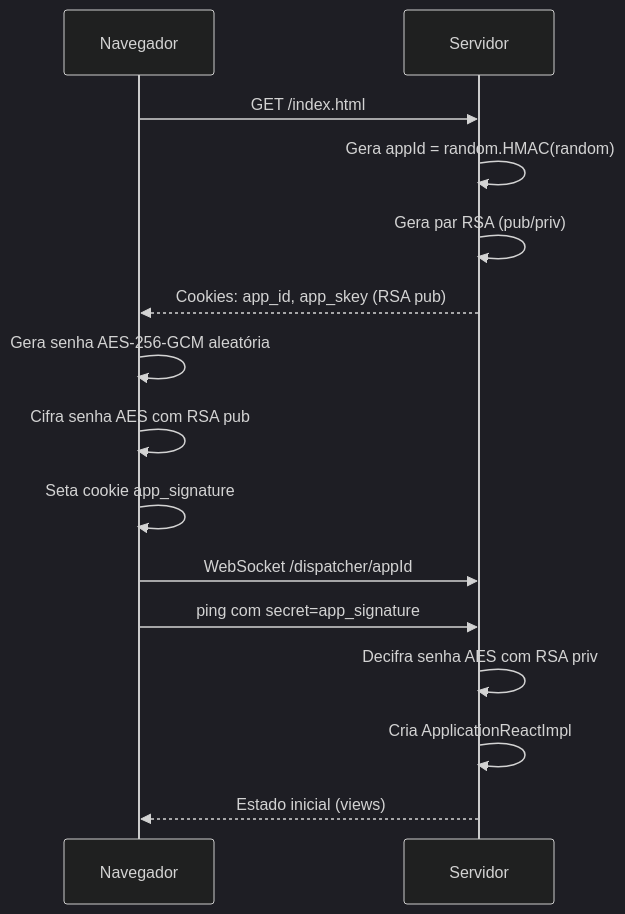
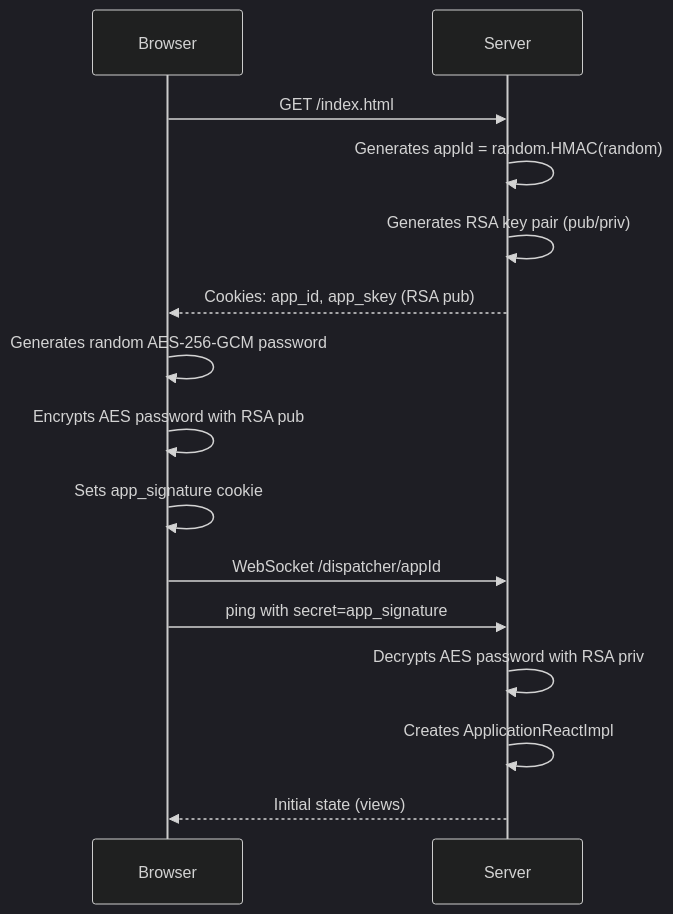
One commit to mrcdom/wdc-cube-kotlin changed the fifth of 9 diagrams in docs/architecture-react.md. Above: the diagram before and after it, drawn with Mermaid (dark theme). The commit also changed other lines of this file and 10 other files, not shown here.

First line of the commit message:
docs: architecture docs and top-level READMEs in US English

````diff
--- a/docs/architecture-react.md
+++ b/docs/architecture-react.md
@@ -162,20 +162,20 @@
 ```mermaid
 sequenceDiagram
-    participant Browser as Navegador
-    participant Server as Servidor
+    participant Browser as Browser
+    participant Server as Server
 
     Browser->>Server: GET /index.html
-    Server->>Server: Gera appId = random.HMAC(random)
-    Server->>Server: Gera par RSA (pub/priv)
+    Server->>Server: Generates appId = random.HMAC(random)
+    Server->>Server: Generates RSA key pair (pub/priv)
     Server-->>Browser: Cookies: app_id, app_skey (RSA pub)
 
-    Browser->>Browser: Gera senha AES-256-GCM aleatória
-    Browser->>Browser: Cifra senha AES com RSA pub
-    Browser->>Browser: Seta cookie app_signature
+    Browser->>Browser: Generates random AES-256-GCM password
+    Browser->>Browser: Encrypts AES password with RSA pub
+    Browser->>Browser: Sets app_signature cookie
 
     Browser->>Server: WebSocket /dispatcher/appId
-    Browser->>Server: ping com secret=app_signature
-    Server->>Server: Decifra senha AES com RSA priv
-    Server->>Server: Cria ApplicationReactImpl
-    Server-->>Browser: Estado inicial (views)
+    Browser->>Server: ping with secret=app_signature
+    Server->>Server: Decrypts AES password with RSA priv
+    Server->>Server: Creates ApplicationReactImpl
+    Server-->>Browser: Initial state (views)
 ```
````
